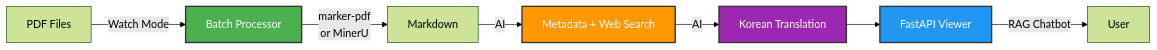
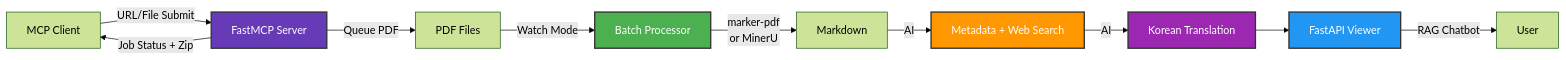
The first of 6 diagrams in README.md (restful3/paperflow), drawn with Mermaid (forest theme) before and after one commit. The commit also changed other lines of this file and 4 other files, not shown here.

````diff
--- a/README.md
+++ b/README.md
@@ -25,14 +26,18 @@
 ```mermaid
 graph LR
     A[PDF Files] -->|Watch Mode| B[Batch Processor]
+    M[MCP Client] -->|URL/File Submit| N[FastMCP Server]
+    N -->|Queue PDF| A
     B -->|marker-pdf<br/>or MinerU| C[Markdown]
     C -->|AI| D[Metadata + Web Search]
     D -->|AI| E[Korean Translation]
     E --> F[FastAPI Viewer]
     F -->|RAG Chatbot| G[User]
+    N -->|Job Status + Zip| M
 
     style B fill:#4CAF50,stroke:#333,stroke-width:2px,color:#fff
     style D fill:#FF9800,stroke:#333,stroke-width:2px,color:#fff
     style E fill:#9C27B0,stroke:#333,stroke-width:2px,color:#fff
     style F fill:#2196F3,stroke:#333,stroke-width:2px,color:#fff
+    style N fill:#673AB7,stroke:#333,stroke-width:2px,color:#fff
 ```
````
